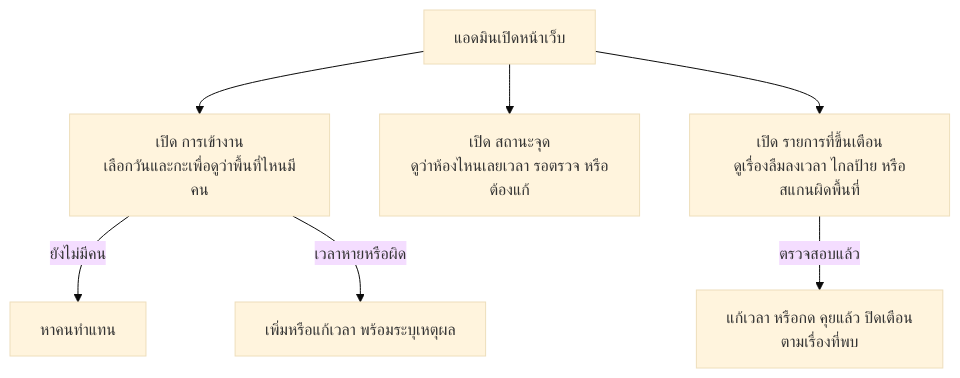
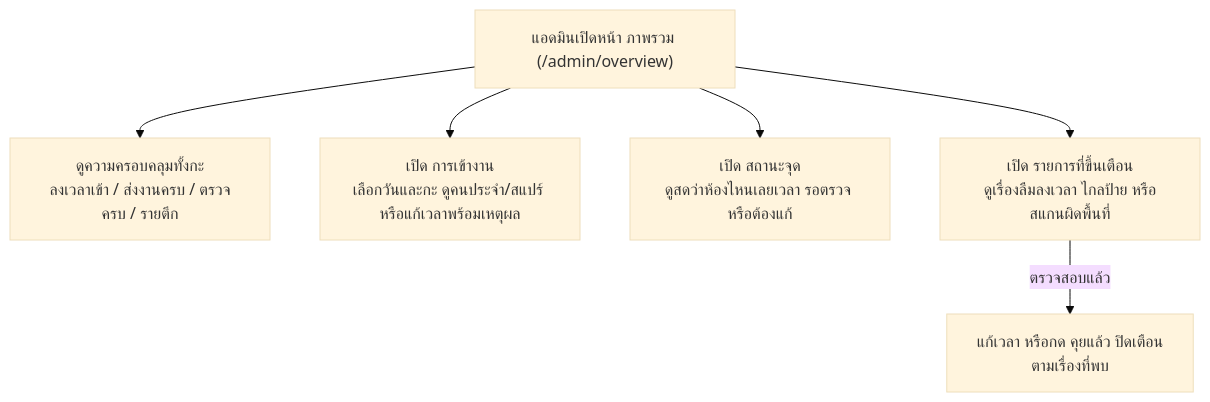
One commit to ThodsaphonSonthiphin/Facility-Real-time-dashboard changed the sixth of 7 diagrams in docs/role-workflows.md. Above: the diagram before and after it, drawn with Mermaid (base theme). The commit also changed other lines of this file and 16 other files, not shown here.

````diff
--- a/docs/role-workflows.md
+++ b/docs/role-workflows.md
@@ -107,9 +111,8 @@
 ```mermaid
 flowchart TD
-    A["แอดมินเปิดหน้าเว็บ"] --> B["เปิด การเข้างาน<br/>เลือกวันและกะเพื่อดูว่าพื้นที่ไหนมีคน"]
-    B -->|"ยังไม่มีคน"| C["หาคนทำแทน"]
-    B -->|"เวลาหายหรือผิด"| D["เพิ่มหรือแก้เวลา พร้อมระบุเหตุผล"]
-    A --> E["เปิด สถานะจุด<br/>ดูว่าห้องไหนเลยเวลา รอตรวจ หรือต้องแก้"]
-    A --> F["เปิด รายการที่ขึ้นเตือน<br/>ดูเรื่องลืมลงเวลา ไกลป้าย หรือสแกนผิดพื้นที่"]
-    F -->|"ตรวจสอบแล้ว"| G["แก้เวลา หรือกด คุยแล้ว ปิดเตือน<br/>ตามเรื่องที่พบ"]
+    A["แอดมินเปิดหน้า ภาพรวม (/admin/overview)"] --> B["ดูความครอบคลุมทั้งกะ<br/>ลงเวลาเข้า / ส่งงานครบ / ตรวจครบ / รายตึก"]
+    A --> C["เปิด การเข้างาน<br/>เลือกวันและกะ ดูคนประจำ/สแปร์ หรือแก้เวลาพร้อมเหตุผล"]
+    A --> D["เปิด สถานะจุด<br/>ดูสดว่าห้องไหนเลยเวลา รอตรวจ หรือต้องแก้"]
+    A --> E["เปิด รายการที่ขึ้นเตือน<br/>ดูเรื่องลืมลงเวลา ไกลป้าย หรือสแกนผิดพื้นที่"]
+    E -->|"ตรวจสอบแล้ว"| F["แก้เวลา หรือกด คุยแล้ว ปิดเตือน<br/>ตามเรื่องที่พบ"]
 ```
````
